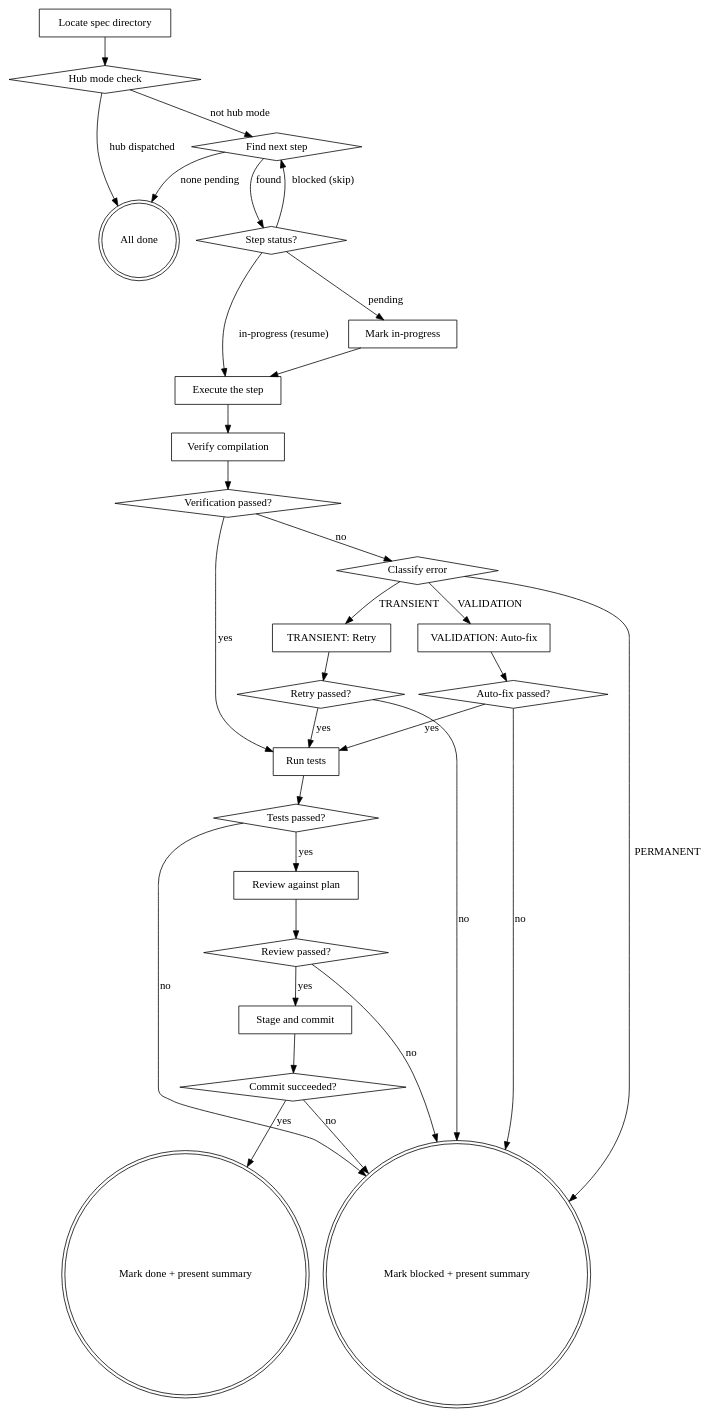
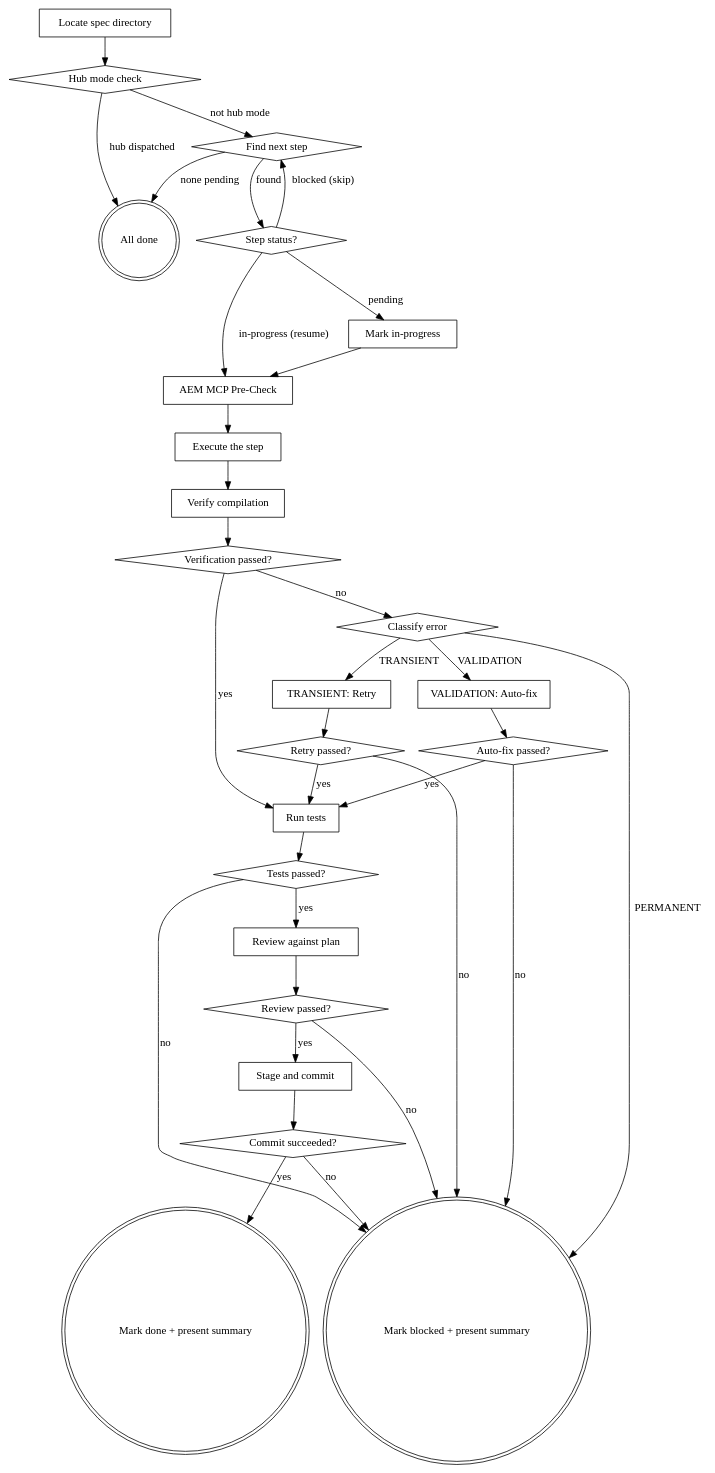
The diagram in plugins/dx-core/skills/dx-step/SKILL.md (easingthemes/dx-aem-flow), drawn with Graphviz before and after one commit. The commit also changed other lines of this file, not shown here.

Commit message:
feat(dx-step): add AEM MCP pre-check — validate field existence and semantics before implementing

````diff
--- a/plugins/dx-core/skills/dx-step/SKILL.md
+++ b/plugins/dx-core/skills/dx-step/SKILL.md
@@ -17,58 +17,60 @@
 ```dot
 digraph step {
     "Locate spec directory" [shape=box];
     "Hub mode check" [shape=diamond];
     "Find next step" [shape=diamond];
     "All done" [shape=doublecircle];
     "Step status?" [shape=diamond];
     "Mark in-progress" [shape=box];
+    "AEM MCP Pre-Check" [shape=box];
     "Execute the step" [shape=box];
     "Verify compilation" [shape=box];
     "Verification passed?" [shape=diamond];
     "Classify error" [shape=diamond];
     "TRANSIENT: Retry" [shape=box];
     "Retry passed?" [shape=diamond];
     "VALIDATION: Auto-fix" [shape=box];
     "Auto-fix passed?" [shape=diamond];
     "Run tests" [shape=box];
     "Tests passed?" [shape=diamond];
     "Review against plan" [shape=box];
     "Review passed?" [shape=diamond];
     "Stage and commit" [shape=box];
     "Commit succeeded?" [shape=diamond];
     "Mark done + present summary" [shape=doublecircle];
     "Mark blocked + present summary" [shape=doublecircle];
 
     "Locate spec directory" -> "Hub mode check";
     "Hub mode check" -> "Find next step" [label="not hub mode"];
     "Hub mode check" -> "All done" [label="hub dispatched"];
     "Find next step" -> "All done" [label="none pending"];
     "Find next step" -> "Step status?" [label="found"];
     "Step status?" -> "Mark in-progress" [label="pending"];
-    "Step status?" -> "Execute the step" [label="in-progress (resume)"];
+    "Step status?" -> "AEM MCP Pre-Check" [label="in-progress (resume)"];
     "Step status?" -> "Find next step" [label="blocked (skip)"];
-    "Mark in-progress" -> "Execute the step";
+    "Mark in-progress" -> "AEM MCP Pre-Check";
+    "AEM MCP Pre-Check" -> "Execute the step";
     "Execute the step" -> "Verify compilation";
     "Verify compilation" -> "Verification passed?";
     "Verification passed?" -> "Run tests" [label="yes"];
     "Verification passed?" -> "Classify error" [label="no"];
     "Classify error" -> "TRANSIENT: Retry" [label="TRANSIENT"];
     "Classify error" -> "VALIDATION: Auto-fix" [label="VALIDATION"];
     "Classify error" -> "Mark blocked + present summary" [label="PERMANENT"];
     "TRANSIENT: Retry" -> "Retry passed?";
     "Retry passed?" -> "Run tests" [label="yes"];
     "Retry passed?" -> "Mark blocked + present summary" [label="no"];
     "VALIDATION: Auto-fix" -> "Auto-fix passed?";
     "Auto-fix passed?" -> "Run tests" [label="yes"];
     "Auto-fix passed?" -> "Mark blocked + present summary" [label="no"];
     "Run tests" -> "Tests passed?";
     "Tests passed?" -> "Review against plan" [label="yes"];
     "Tests passed?" -> "Mark blocked + present summary" [label="no"];
     "Review against plan" -> "Review passed?";
     "Review passed?" -> "Stage and commit" [label="yes"];
     "Review passed?" -> "Mark blocked + present summary" [label="no"];
     "Stage and commit" -> "Commit succeeded?";
     "Commit succeeded?" -> "Mark done + present summary" [label="yes"];
     "Commit succeeded?" -> "Mark blocked + present summary" [label="no"];
 }
 ```
````
